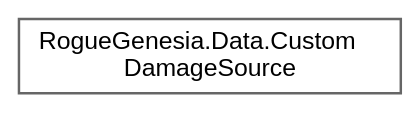
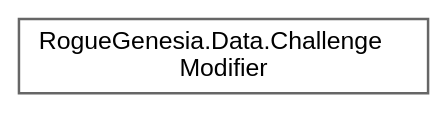
Before and after one commit to PlexusDuMenton/RogueGenesiaModAPI: the diagram in inherit_graph_77.dot, drawn with Graphviz. The commit also changed 3410 other files, not shown here.

```diff
--- a/inherit_graph_77.dot
+++ b/inherit_graph_77.dot
@@ -1,9 +1,9 @@
 digraph "Graphical Class Hierarchy"
 {
  // LATEX_PDF_SIZE
   bgcolor="transparent";
   edge [fontname=Helvetica,fontsize=10,labelfontname=Helvetica,labelfontsize=10];
   node [fontname=Helvetica,fontsize=10,shape=box,height=0.2,width=0.4];
   rankdir="LR";
-  Node0 [label="RogueGenesia.Data.Custom\lDamageSource",height=0.2,width=0.4,color="grey40", fillcolor="white", style="filled",URL="$struct_rogue_genesia_1_1_data_1_1_custom_damage_source.html",tooltip=" "];
+  Node0 [label="RogueGenesia.Data.Challenge\lModifier",height=0.2,width=0.4,color="grey40", fillcolor="white", style="filled",URL="$class_rogue_genesia_1_1_data_1_1_challenge_modifier.html",tooltip=" "];
 }
```
